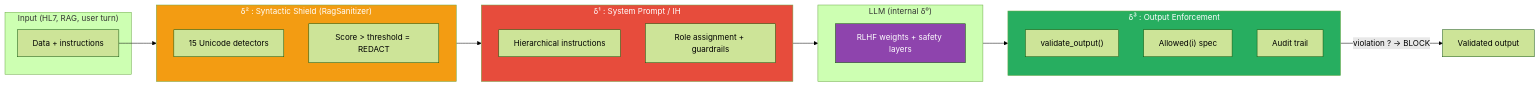
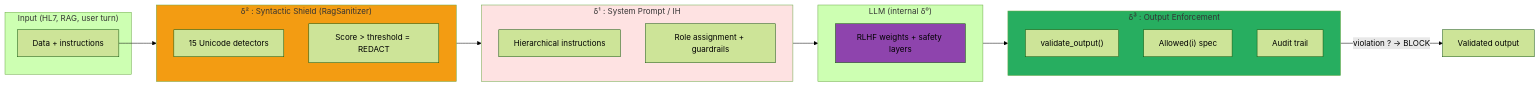
Before and after one commit to mo0ogly/llm_robot_medical: the diagram in wiki/docs/delta-layers/index.en.md, drawn with Mermaid (forest theme). The commit also changed 860 other files, not shown here.

````diff
--- a/wiki/docs/delta-layers/index.en.md
+++ b/wiki/docs/delta-layers/index.en.md
@@ -32,37 +32,37 @@
 ```mermaid
 flowchart LR
     subgraph INPUT["Input (HL7, RAG, user turn)"]
         I["Data + instructions"]
     end
 
     subgraph D2["δ² : Syntactic Shield (RagSanitizer)"]
         D2a["15 Unicode detectors"]
         D2b["Score > threshold = REDACT"]
     end
 
     subgraph D1["δ¹ : System Prompt / IH"]
         D1a["Hierarchical instructions"]
         D1b["Role assignment + guardrails"]
     end
 
     subgraph M["LLM (internal δ⁰)"]
         D0["RLHF weights + safety layers"]
     end
 
     subgraph D3["δ³ : Output Enforcement"]
         D3a["validate_output()"]
         D3b["Allowed(i) spec"]
         D3c["Audit trail"]
     end
 
     I --> D2
     D2 --> D1
     D1 --> M
     M --> D3
     D3 -->|"violation ? → BLOCK"| OUT["Validated output"]
 
-    style D0 fill:#8e44ad,color:#fff
-    style D1 fill:#e74c3c,color:#fff
-    style D2 fill:#f39c12,color:#fff
-    style D3 fill:#27ae60,color:#fff
+    style D0 fill:#8e44ad
+    style D1 fill:#fee2e2
+    style D2 fill:#f39c12
+    style D3 fill:#27ae60
 ```
````
